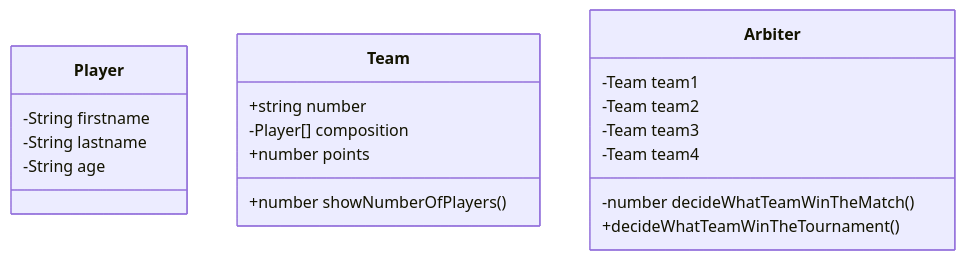
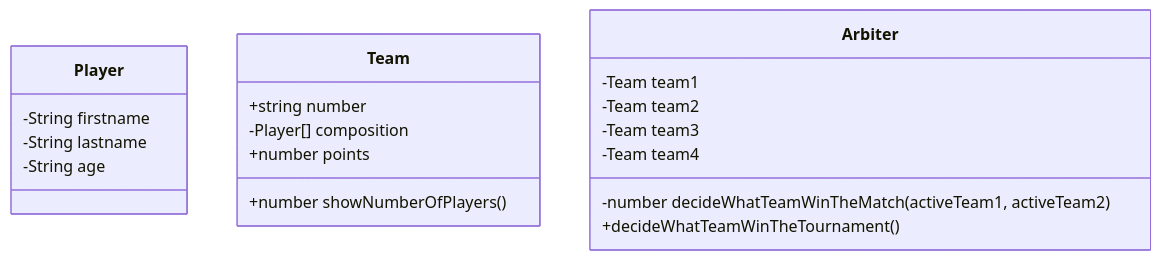
One commit to JeremyFelix720/exos_poo changed the diagram in src/basket_exos/infos/class_diagram.md. Above: the diagram before and after it, drawn with Mermaid. The commit also changed 11 other files, not shown here.

````diff
--- a/src/basket_exos/infos/class_diagram.md
+++ b/src/basket_exos/infos/class_diagram.md
@@ -1,24 +1,24 @@
 ```mermaid
 classDiagram
     class Player{
         -String firstname
         -String lastname
         -String age
     }
 
     class Team{
         +string number
         -Player[] composition
         +number points
         +number showNumberOfPlayers()
     }
 
     class Arbiter{
         -Team team1
         -Team team2
         -Team team3
         -Team team4
-        -number decideWhatTeamWinTheMatch()
+        -number decideWhatTeamWinTheMatch(activeTeam1, activeTeam2)
         +decideWhatTeamWinTheTournament()
     }
 ```
````
